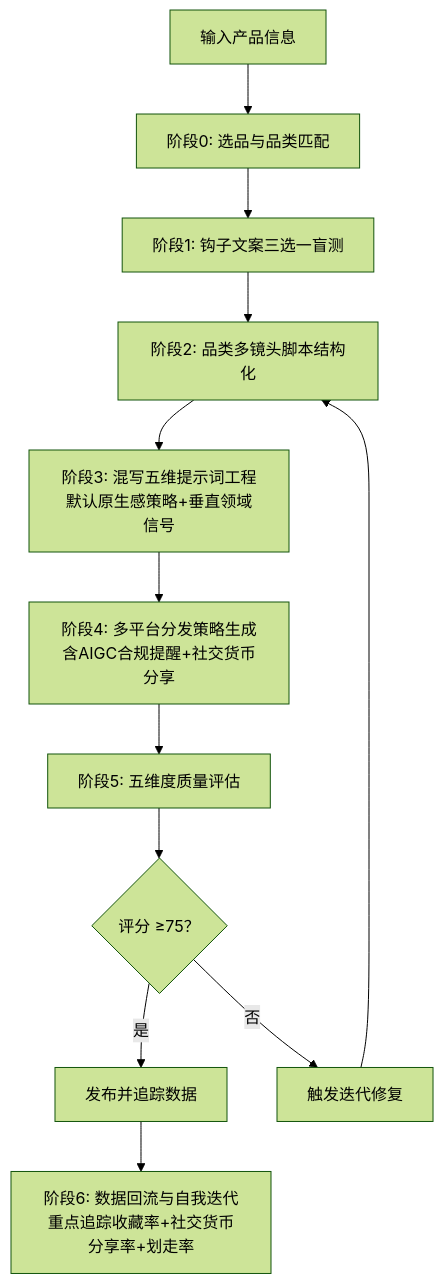
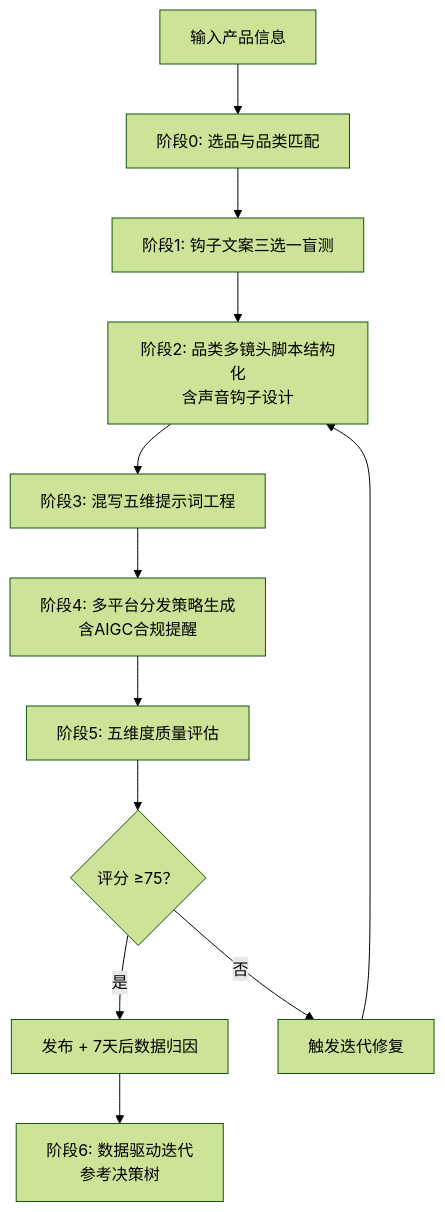
The diagram in README.md (qq547820639/tiktok-ad-video-skill), drawn with Mermaid (forest theme) before and after one commit. The commit also changed other lines of this file, not shown here.

````diff
--- a/README.md
+++ b/README.md
@@ -153,14 +136,14 @@
 ```mermaid
 graph TD
     A[输入产品信息] --> B[阶段0: 选品与品类匹配]
     B --> C[阶段1: 钩子文案三选一盲测]
-    C --> D[阶段2: 品类多镜头脚本结构化]
-    D --> E[阶段3: 混写五维提示词工程<br/>默认原生感策略+垂直领域信号]
-    E --> F[阶段4: 多平台分发策略生成<br/>含AIGC合规提醒+社交货币分享]
+    C --> D[阶段2: 品类多镜头脚本结构化<br/>含声音钩子设计]
+    D --> E[阶段3: 混写五维提示词工程]
+    E --> F[阶段4: 多平台分发策略生成<br/>含AIGC合规提醒]
     F --> G[阶段5: 五维度质量评估]
     G --> H{评分 ≥75？}
-    H -->|是| I[发布并追踪数据]
+    H -->|是| I[发布 + 7天后数据归因]
     H -->|否| J[触发迭代修复]
-    I --> K[阶段6: 数据回流与自我迭代<br/>重点追踪收藏率+社交货币分享率+划走率]
+    I --> K[阶段6: 数据驱动迭代<br/>参考决策树]
     J --> D
 ```
````
